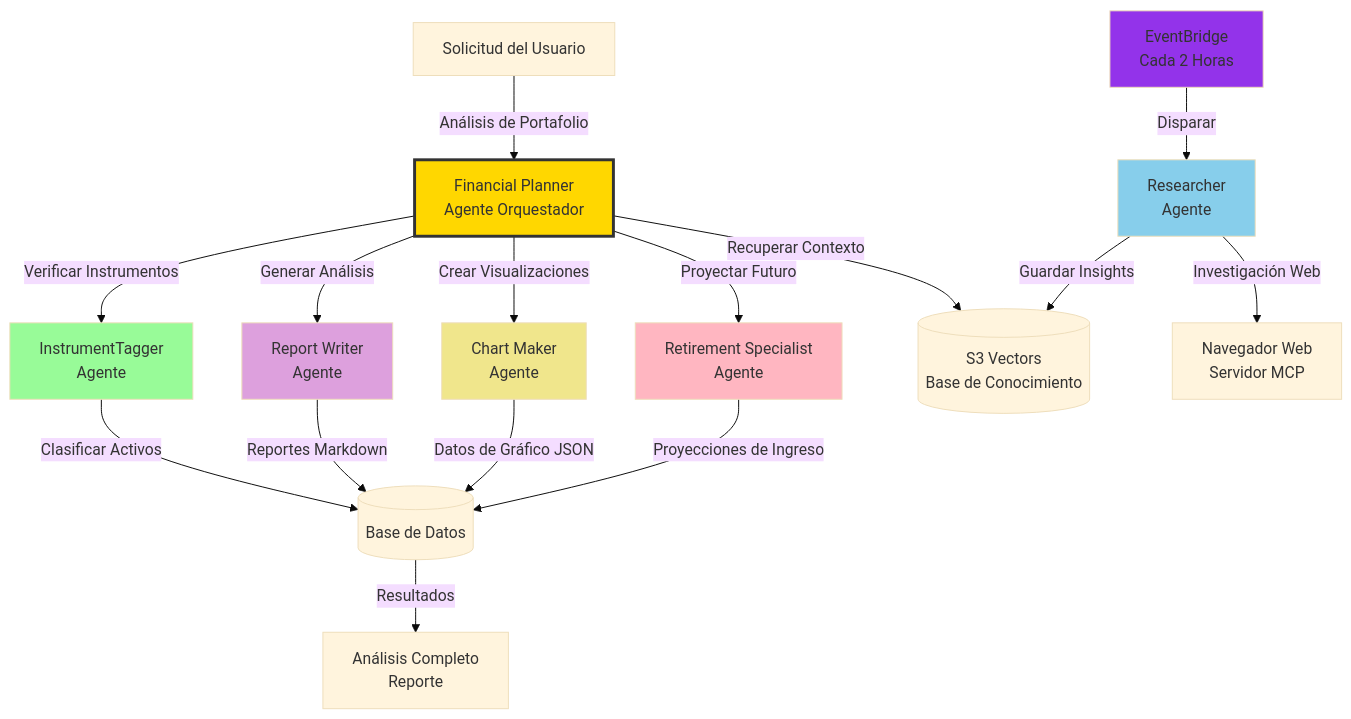
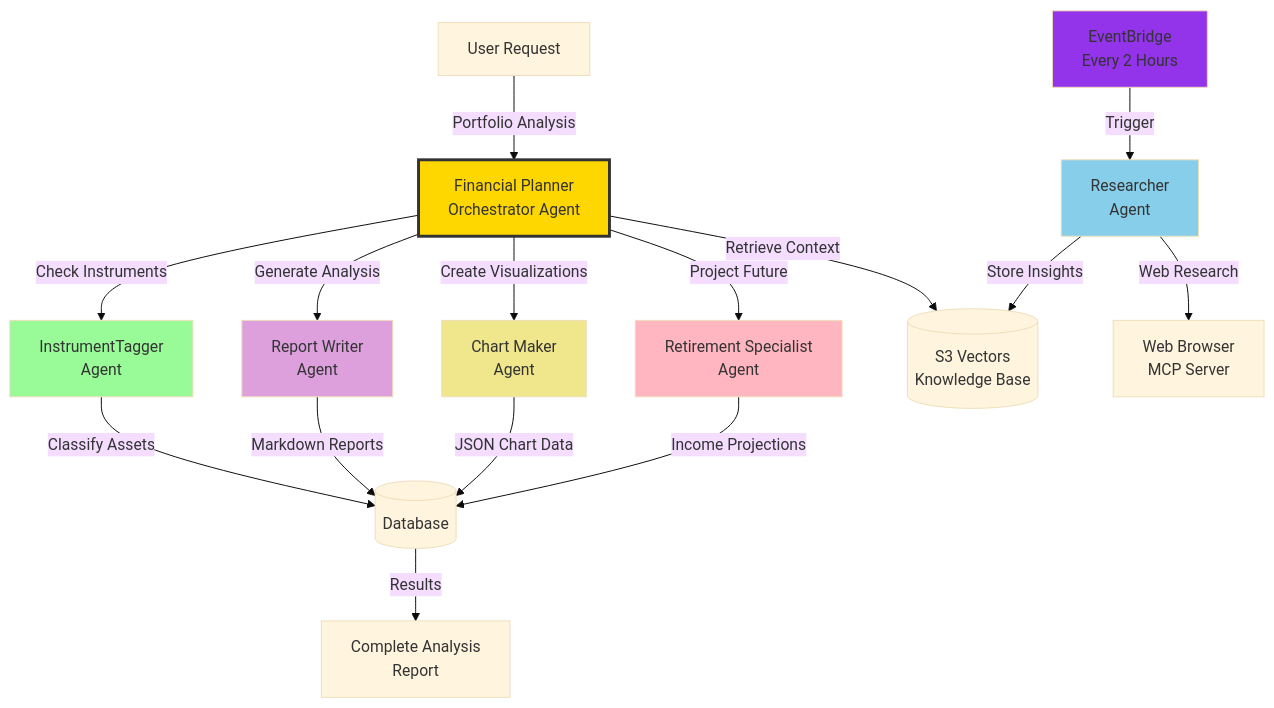
Before and after one commit to repson/agentic-learning-equities-explainer: the first of 3 diagrams in guides/agent_architecture.md, drawn with Mermaid (base theme). The commit also changed other lines of this file and 14 other files, not shown here.

````diff
--- a/guides/agent_architecture.md
+++ b/guides/agent_architecture.md
@@ -7,32 +7,32 @@
 ```mermaid
 graph TB
-    User[Solicitud del Usuario] -->|Análisis de Portafolio| Planner[Financial Planner<br/>Agente Orquestador]
+    User[User Request] -->|Portfolio Analysis| Planner[Financial Planner<br/>Orchestrator Agent]
     
-    Planner -->|Verificar Instrumentos| Tagger[InstrumentTagger<br/>Agente]
-    Tagger -->|Clasificar Activos| DB[(Base de Datos)]
+    Planner -->|Check Instruments| Tagger[InstrumentTagger<br/>Agent]
+    Tagger -->|Classify Assets| DB[(Database)]
     
-    Planner -->|Generar Análisis| Reporter[Report Writer<br/>Agente]
-    Reporter -->|Reportes Markdown| DB
+    Planner -->|Generate Analysis| Reporter[Report Writer<br/>Agent]
+    Reporter -->|Markdown Reports| DB
     
-    Planner -->|Crear Visualizaciones| Charter[Chart Maker<br/>Agente]
-    Charter -->|Datos de Gráfico JSON| DB
+    Planner -->|Create Visualizations| Charter[Chart Maker<br/>Agent]
+    Charter -->|JSON Chart Data| DB
     
-    Planner -->|Proyectar Futuro| Retirement[Retirement Specialist<br/>Agente]
-    Retirement -->|Proyecciones de Ingreso| DB
+    Planner -->|Project Future| Retirement[Retirement Specialist<br/>Agent]
+    Retirement -->|Income Projections| DB
     
-    DB -->|Resultados| Response[Análisis Completo<br/>Reporte]
+    DB -->|Results| Response[Complete Analysis<br/>Report]
     
-    Planner -->|Recuperar Contexto| Vectors[(S3 Vectors<br/>Base de Conocimiento)]
+    Planner -->|Retrieve Context| Vectors[(S3 Vectors<br/>Knowledge Base)]
     
-    Schedule[EventBridge<br/>Cada 2 Horas] -->|Disparar| Researcher[Researcher<br/>Agente]
-    Researcher -->|Guardar Insights| Vectors
-    Researcher -->|Investigación Web| Browser[Navegador Web<br/>Servidor MCP]
+    Schedule[EventBridge<br/>Every 2 Hours] -->|Trigger| Researcher[Researcher<br/>Agent]
+    Researcher -->|Store Insights| Vectors
+    Researcher -->|Web Research| Browser[Web Browser<br/>MCP Server]
     
     style Planner fill:#FFD700,stroke:#333,stroke-width:3px
     style Researcher fill:#87CEEB
     style Schedule fill:#9333EA
     style Tagger fill:#98FB98
     style Reporter fill:#DDA0DD
     style Charter fill:#F0E68C
     style Retirement fill:#FFB6C1
 ```
````
